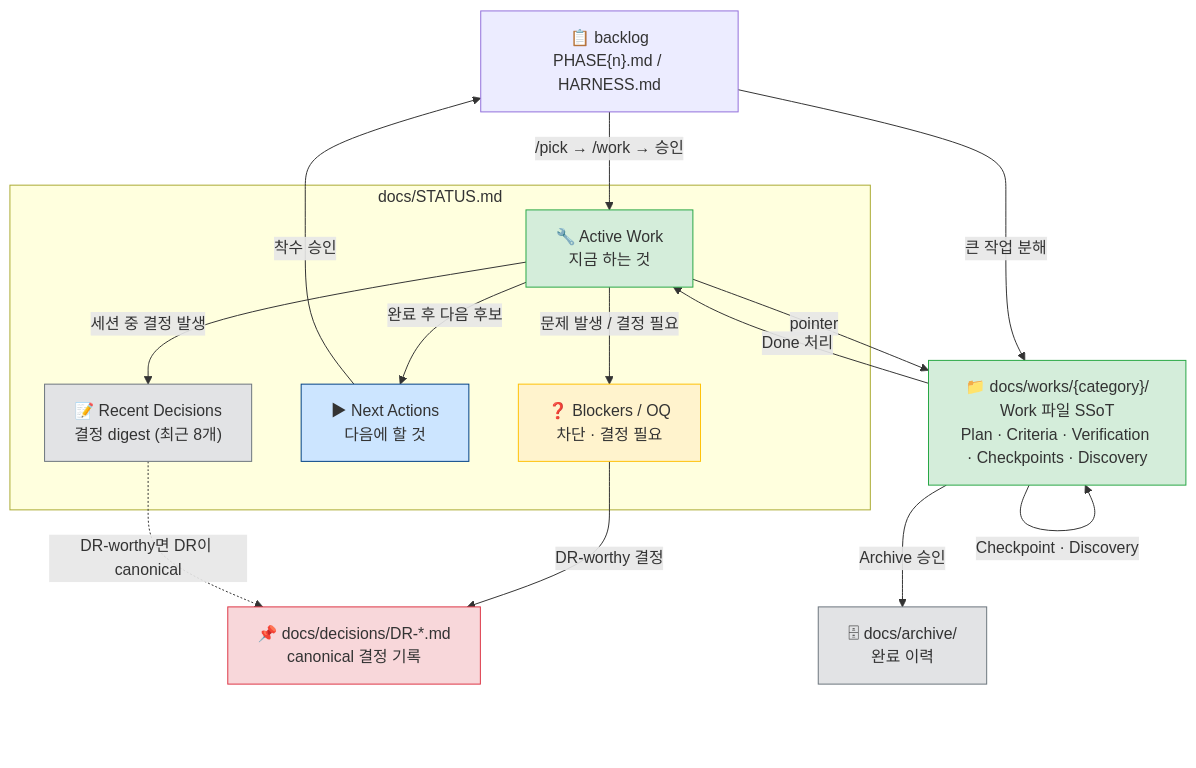
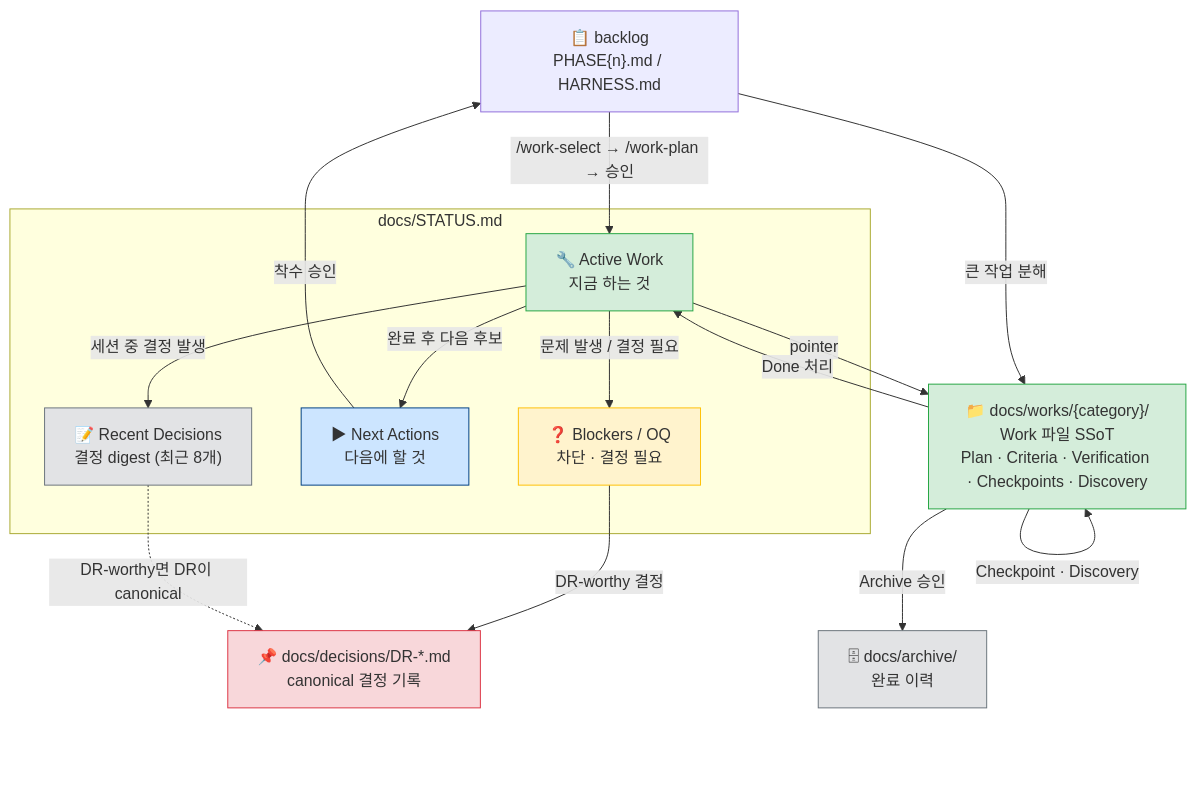
The sixth of 14 diagrams in docs/WORKFLOW-MANUAL.md (kyungseo/ai-workflow-harness), drawn with Mermaid before and after one commit. The commit also changed other lines of this file and 83 other files, not shown here.

````diff
--- a/docs/WORKFLOW-MANUAL.md
+++ b/docs/WORKFLOW-MANUAL.md
@@ -332,36 +332,36 @@
 ```mermaid
 graph TD
     BL["📋 backlog\nPHASE{n}.md / HARNESS.md"]
     WF["📁 docs/works/{category}/\nWork 파일 SSoT\nPlan · Criteria · Verification · Checkpoints · Discovery"]
 
     subgraph STATUS ["docs/STATUS.md"]
         AW["🔧 Active Work\n지금 하는 것"]
         OQ["❓ Blockers / OQ\n차단 · 결정 필요"]
         NA["▶ Next Actions\n다음에 할 것"]
         RD["📝 Recent Decisions\n결정 digest (최근 8개)"]
     end
 
     DR["📌 docs/decisions/DR-*.md\ncanonical 결정 기록"]
     ARC["🗄 docs/archive/\n완료 이력"]
 
-    BL -->|"/pick → /work → 승인"| AW
+    BL -->|"/work-select → /work-plan → 승인"| AW
     BL -->|"큰 작업 분해"| WF
     AW -->|"pointer"| WF
     WF -->|"Checkpoint · Discovery"| WF
     WF -->|"Done 처리"| AW
     AW -->|"문제 발생 / 결정 필요"| OQ
     OQ -->|"DR-worthy 결정"| DR
     AW -->|"완료 후 다음 후보"| NA
     NA -->|"착수 승인"| BL
     AW -->|"세션 중 결정 발생"| RD
     RD -.->|"DR-worthy면 DR이 canonical"| DR
     WF -->|"Archive 승인"| ARC
 
     style AW fill:#d4edda,stroke:#28a745
     style WF fill:#d4edda,stroke:#28a745
     style OQ fill:#fff3cd,stroke:#ffc107
     style NA fill:#cce5ff,stroke:#004085
     style RD fill:#e2e3e5,stroke:#6c757d
     style DR fill:#f8d7da,stroke:#dc3545
     style ARC fill:#e2e3e5,stroke:#6c757d
 ```
````
